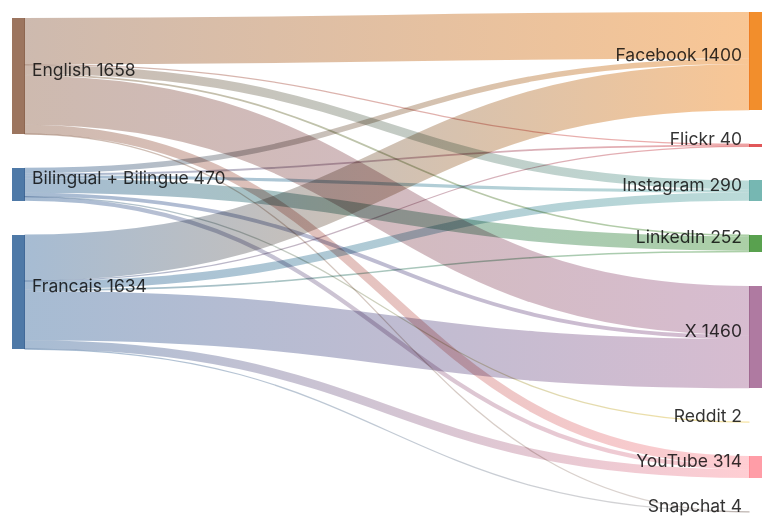
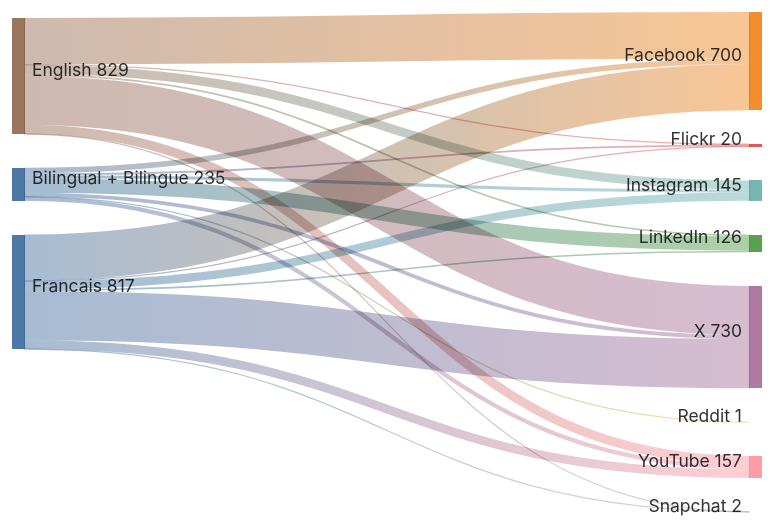
One commit to PatLittle/GC-Socials changed the first of 6 diagrams in README.md. Above: the diagram before and after it, drawn with Mermaid.

Commit message:
Update README with Platform Distribution pie chart

````diff
--- a/README.md
+++ b/README.md
@@ -19,24 +19,24 @@
 ```mermaid
 sankey-beta
-  Bilingual + Bilingue,Facebook,78
-  Bilingual + Bilingue,Flickr,26
-  Bilingual + Bilingue,Instagram,44
-  Bilingual + Bilingue,LinkedIn,206
-  Bilingual + Bilingue,Reddit,2
-  Bilingual + Bilingue,X,54
-  Bilingual + Bilingue,YouTube,60
-  English,Facebook,664
-  English,Flickr,8
-  English,Instagram,128
-  English,LinkedIn,24
-  English,Snapchat,2
-  English,X,702
-  English,YouTube,130
-  Francais,Facebook,658
-  Francais,Flickr,6
-  Francais,Instagram,118
-  Francais,LinkedIn,22
-  Francais,Snapchat,2
-  Francais,X,704
-  Francais,YouTube,124
+  Bilingual + Bilingue,Facebook,39
+  Bilingual + Bilingue,Flickr,13
+  Bilingual + Bilingue,Instagram,22
+  Bilingual + Bilingue,LinkedIn,103
+  Bilingual + Bilingue,Reddit,1
+  Bilingual + Bilingue,X,27
+  Bilingual + Bilingue,YouTube,30
+  English,Facebook,332
+  English,Flickr,4
+  English,Instagram,64
+  English,LinkedIn,12
+  English,Snapchat,1
+  English,X,351
+  English,YouTube,65
+  Francais,Facebook,329
+  Francais,Flickr,3
+  Francais,Instagram,59
+  Francais,LinkedIn,11
+  Francais,Snapchat,1
+  Francais,X,352
+  Francais,YouTube,62
 ```
````
